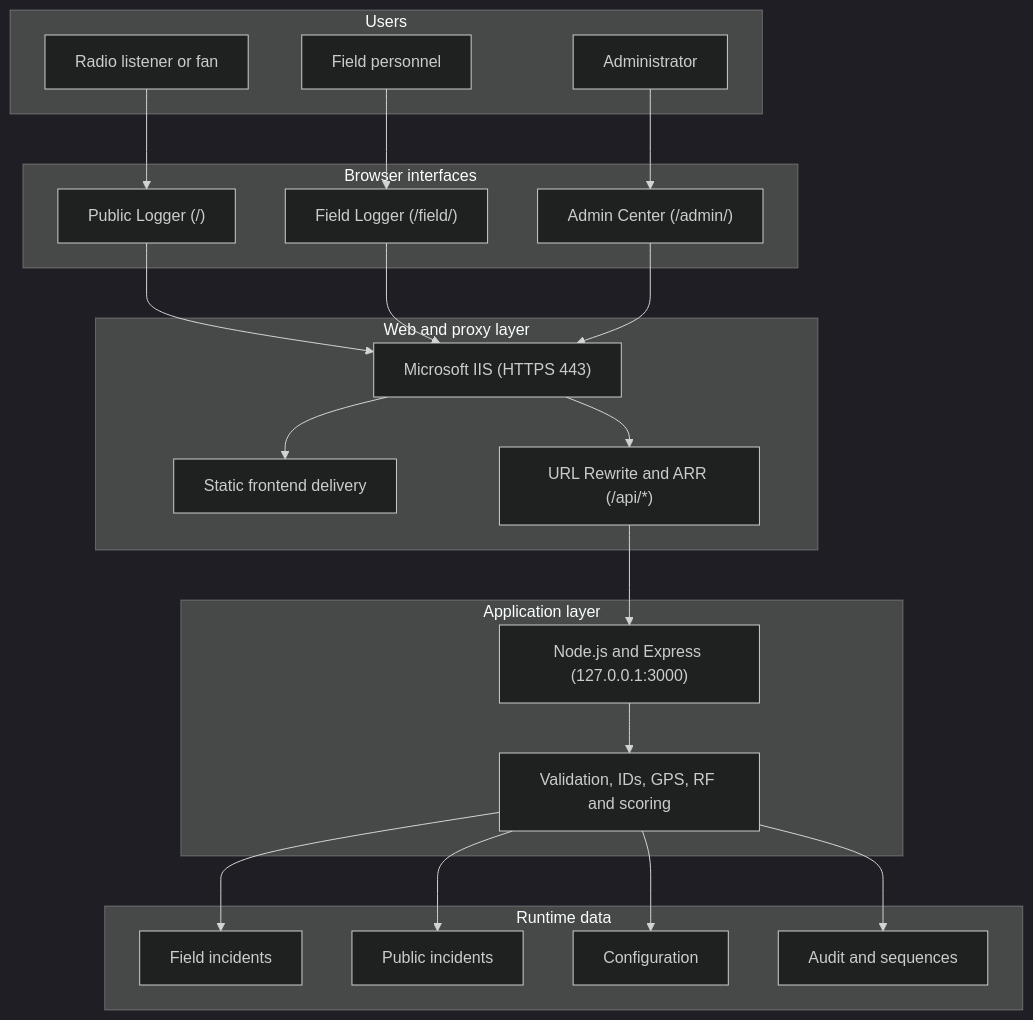
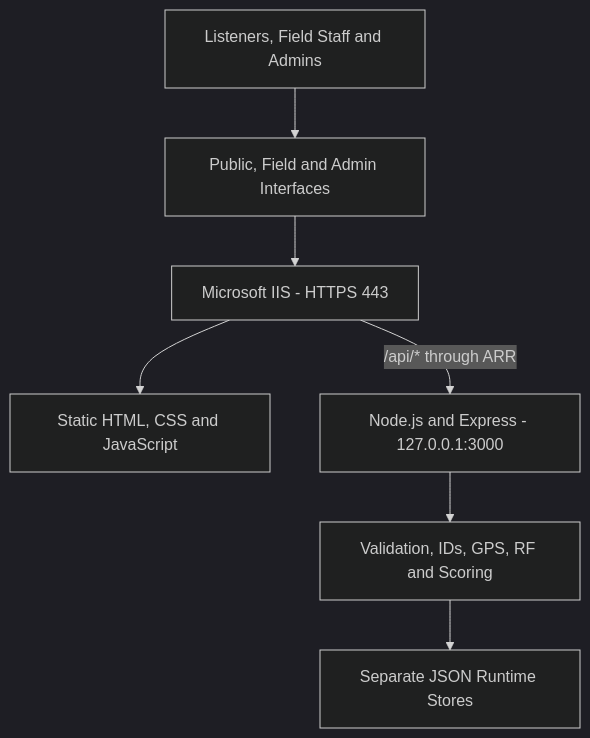
The diagram in README.md (yo-fola/mbi-signal-logger), drawn with Mermaid (dark theme) before and after one commit. The commit also changed other lines of this file and 22 other files, not shown here.

````diff
--- a/README.md
+++ b/README.md
@@ -97,47 +56,9 @@
 ```mermaid
 flowchart TB
-    subgraph Users["Users"]
-        L["Radio listener or fan"]
-        F["Field personnel"]
-        A["Administrator"]
-    end
-
-    subgraph Interfaces["Browser interfaces"]
-        P["Public Logger (/)"]
-        E["Field Logger (/field/)"]
-        C["Admin Center (/admin/)"]
-    end
-
-    subgraph Web["Web and proxy layer"]
-        IIS["Microsoft IIS (HTTPS 443)"]
-        STATIC["Static frontend delivery"]
-        ARR["URL Rewrite and ARR (/api/*)"]
-    end
-
-    subgraph Application["Application layer"]
-        API["Node.js and Express (127.0.0.1:3000)"]
-        LOGIC["Validation, IDs, GPS, RF and scoring"]
-    end
-
-    subgraph Data["Runtime data"]
-        FIELD["Field incidents"]
-        PUBLIC["Public incidents"]
-        CONFIG["Configuration"]
-        AUDIT["Audit and sequences"]
-    end
-
-    L --> P
-    F --> E
-    A --> C
-    P --> IIS
-    E --> IIS
-    C --> IIS
-    IIS --> STATIC
-    IIS --> ARR
-    ARR --> API
-    API --> LOGIC
-    LOGIC --> FIELD
-    LOGIC --> PUBLIC
-    LOGIC --> CONFIG
-    LOGIC --> AUDIT
+    U["Listeners, Field Staff and Admins"] --> W["Public, Field and Admin Interfaces"]
+    W --> I["Microsoft IIS - HTTPS 443"]
+    I --> S["Static HTML, CSS and JavaScript"]
+    I -->|"/api/* through ARR"| N["Node.js and Express - 127.0.0.1:3000"]
+    N --> L["Validation, IDs, GPS, RF and Scoring"]
+    L --> D["Separate JSON Runtime Stores"]
 ```
````
